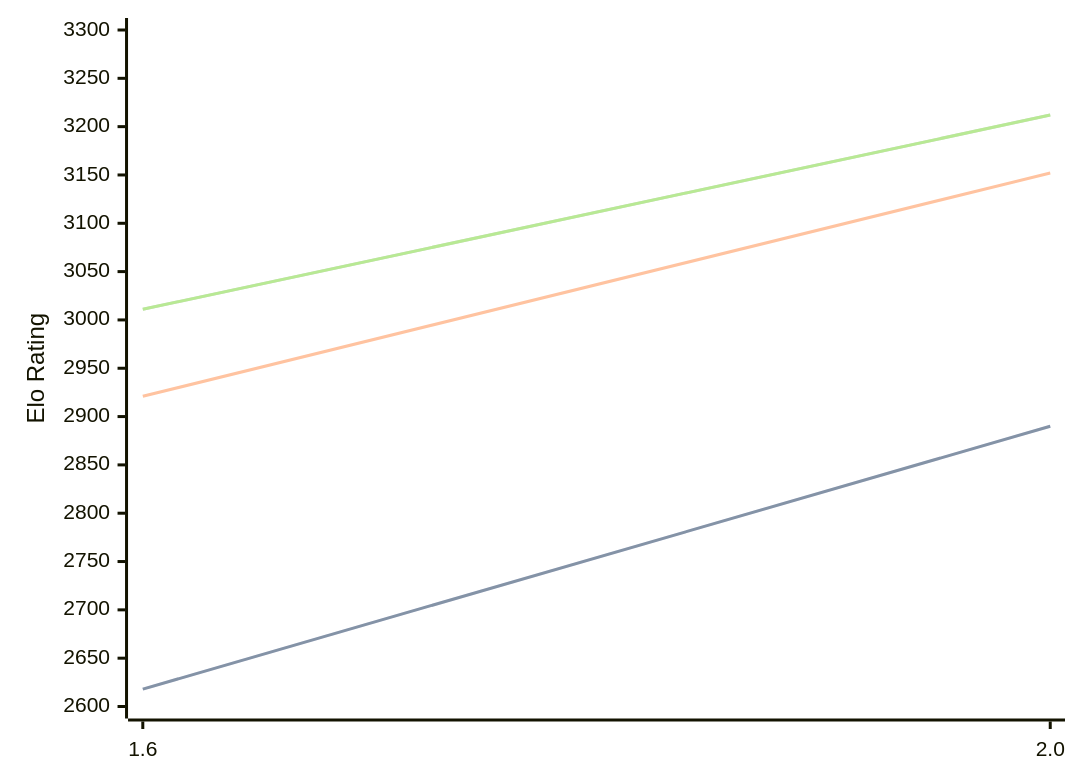
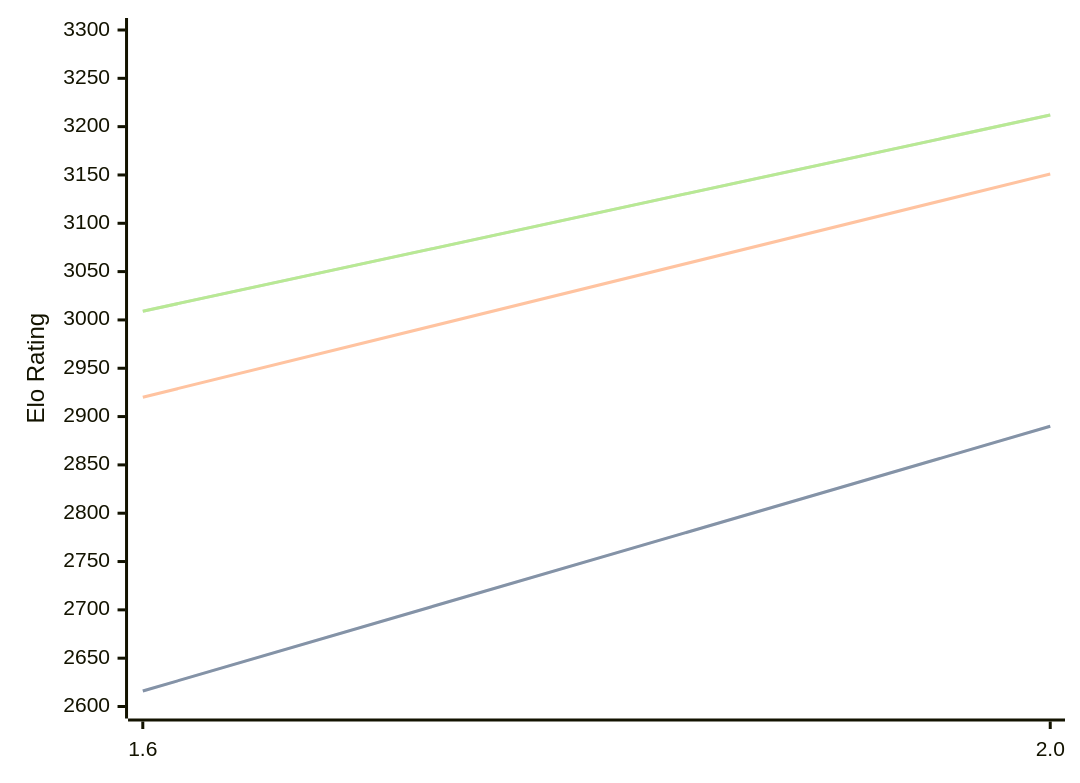
The diagram in engines/Onyx.md (computer-chess-index/cci), drawn with Mermaid before and after one commit. The commit also changed other lines of this file, not shown here.

Commit message:
Update CCI Ratings (ELO VLTC) - 2026-08-04

````diff
--- a/engines/Onyx.md
+++ b/engines/Onyx.md
@@ -32,11 +32,11 @@
 ```mermaid
 %%{init: {"theme":"base","themeVariables":{"seriesColors:['#a3a3a3','#222221','#faa371']}}}%%
 xychart-beta
   x-axis ["1.6", "2.0"]
   y-axis "Elo Rating" 2600 --> 3300
-  line "STC (8.0+0.08s)" [2618, 2890]
-  line "STC (8.0+0.08s)" [2618, 2890]
-  line "LTC (60.0+0.60s)" [2921, 3152]
-  line "VLTC (2m24s+1.12s)" [3011, 3212]
-  line "VLTC (2m24s+1.12s)" [3011, 3212]
+  line "STC (8.0+0.08s)" [2616, 2890]
+  line "STC (8.0+0.08s)" [2616, 2890]
+  line "LTC (60.0+0.60s)" [2920, 3151]
+  line "VLTC (2m24s+1.12s)" [3009, 3212]
+  line "VLTC (2m24s+1.12s)" [3009, 3212]
 ```
````
